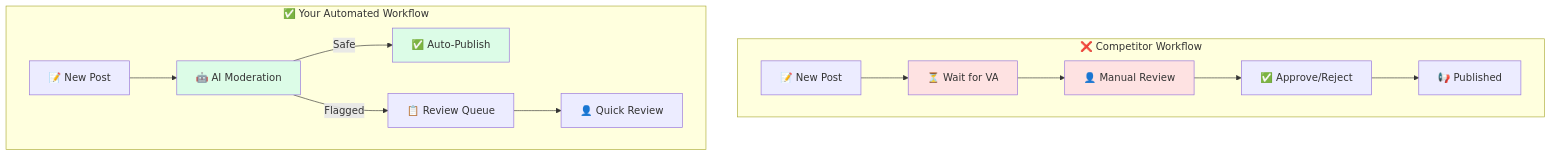
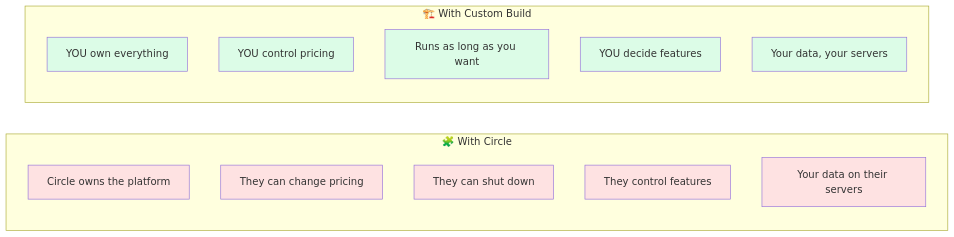
One commit to hammadxcm/facebook-group-integration-guide changed the fourth of 14 diagrams in README.md. Above: the diagram before and after it, drawn with Mermaid. The commit also changed other lines of this file and 4 other files, not shown here.

````diff
--- a/README.md
+++ b/README.md
@@ -1365,21 +161,29 @@
 ```mermaid
-flowchart TD
-    subgraph Competitor["❌ Competitor Workflow"]
-        C1["📝 New Post"] --> C2["⏳ Wait for VA"]
-        C2 --> C3["👤 Manual Review"]
-        C3 --> C4["✅ Approve/Reject"]
-        C4 --> C5["📢 Published"]
+flowchart LR
+    subgraph Circle["🧩 With Circle"]
+        C1["Circle owns the platform"]
+        C2["They can change pricing"]
+        C3["They can shut down"]
+        C4["They control features"]
+        C5["Your data on their servers"]
     end
 
-    subgraph Yours["✅ Your Automated Workflow"]
-        Y1["📝 New Post"] --> Y2["🤖 AI Moderation"]
-        Y2 -->|"Safe"| Y3["✅ Auto-Publish"]
-        Y2 -->|"Flagged"| Y4["📋 Review Queue"]
-        Y4 --> Y5["👤 Quick Review"]
+    subgraph Custom["🏗️ With Custom Build"]
+        CU1["YOU own everything"]
+        CU2["YOU control pricing"]
+        CU3["Runs as long as you want"]
+        CU4["YOU decide features"]
+        CU5["Your data, your servers"]
     end
 
+    style C1 fill:#fee2e2
     style C2 fill:#fee2e2
     style C3 fill:#fee2e2
-    style Y2 fill:#dcfce7
-    style Y3 fill:#dcfce7
+    style C4 fill:#fee2e2
+    style C5 fill:#fee2e2
+    style CU1 fill:#dcfce7
+    style CU2 fill:#dcfce7
+    style CU3 fill:#dcfce7
+    style CU4 fill:#dcfce7
+    style CU5 fill:#dcfce7
 ```
````
